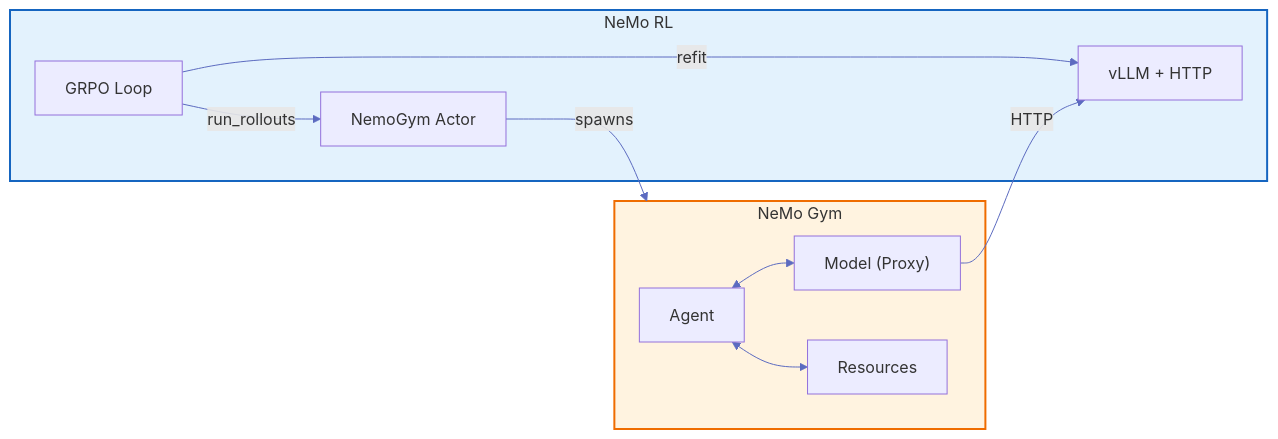
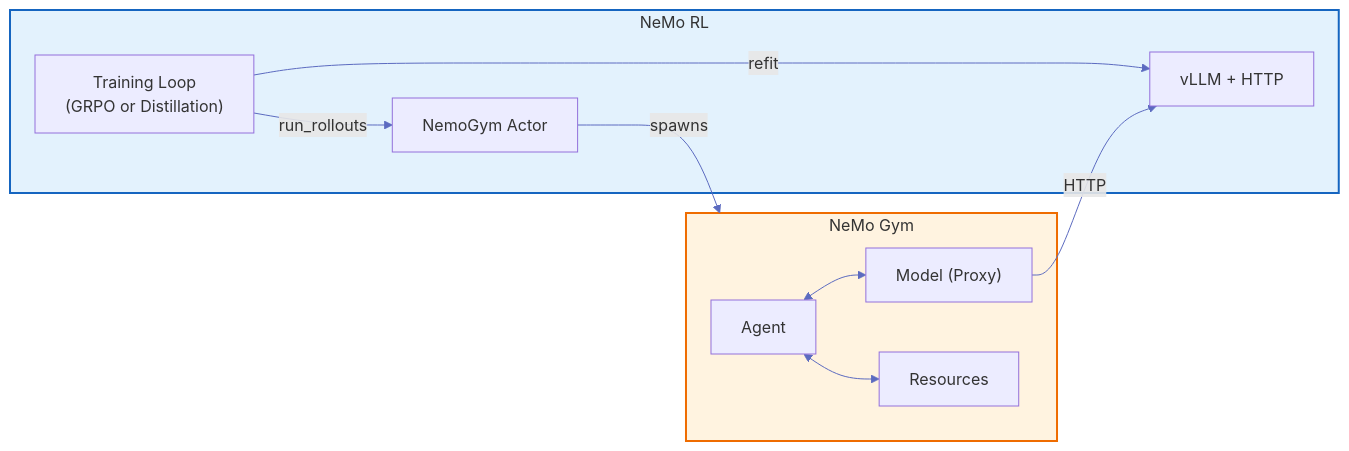
One commit to NVIDIA-NeMo/RL changed the first of 5 diagrams in docs/design-docs/nemo-gym-integration.md. Above: the diagram before and after it, drawn with Mermaid. The commit also changed other lines of this file and 2 other files, not shown here.

First line of the commit message:
Document NeMo Gym distillation usage

````diff
--- a/docs/design-docs/nemo-gym-integration.md
+++ b/docs/design-docs/nemo-gym-integration.md
@@ -42,25 +46,25 @@
 ```mermaid
 %%{init: {'theme': 'default', 'themeVariables': { 'lineColor': '#5c6bc0', 'primaryTextColor': '#333'}}}%%
 flowchart LR
     subgraph RL["NeMo RL"]
-        GRPO["GRPO Loop"]
+        Loop["Training Loop<br/>(GRPO or Distillation)"]
         vLLM["vLLM + HTTP"]
         Bridge["NemoGym Actor"]
     end
     
     subgraph Gym["NeMo Gym"]
         Agent["Agent"]
         Model["Model (Proxy)"]
         Resources["Resources"]
     end
     
-    GRPO -->|refit| vLLM
-    GRPO -->|run_rollouts| Bridge
+    Loop -->|refit| vLLM
+    Loop -->|run_rollouts| Bridge
     Bridge -->|spawns| Gym
     Agent <--> Model
     Agent <--> Resources
     Model -->|HTTP| vLLM
 
     style RL fill:#e3f2fd,stroke:#1565c0,stroke-width:2px
     style Gym fill:#fff3e0,stroke:#ef6c00,stroke-width:2px
 ```
````
